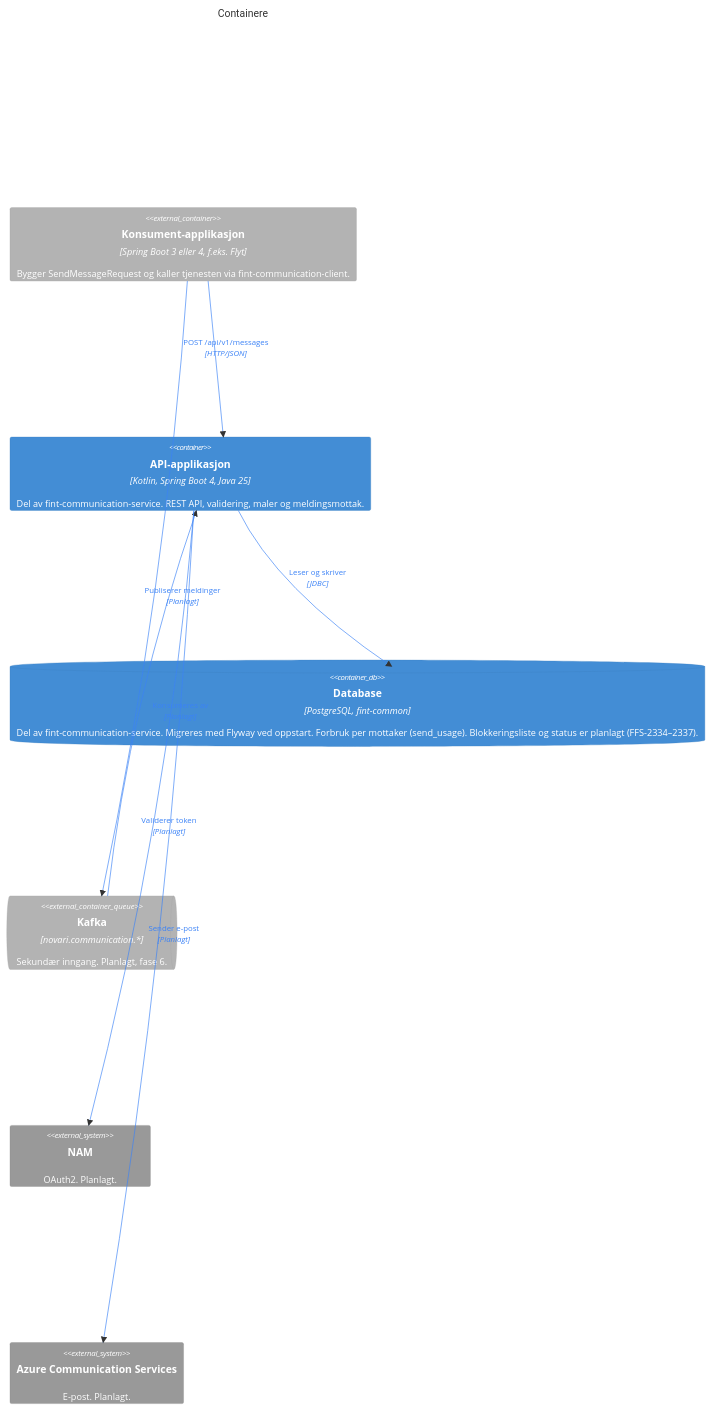
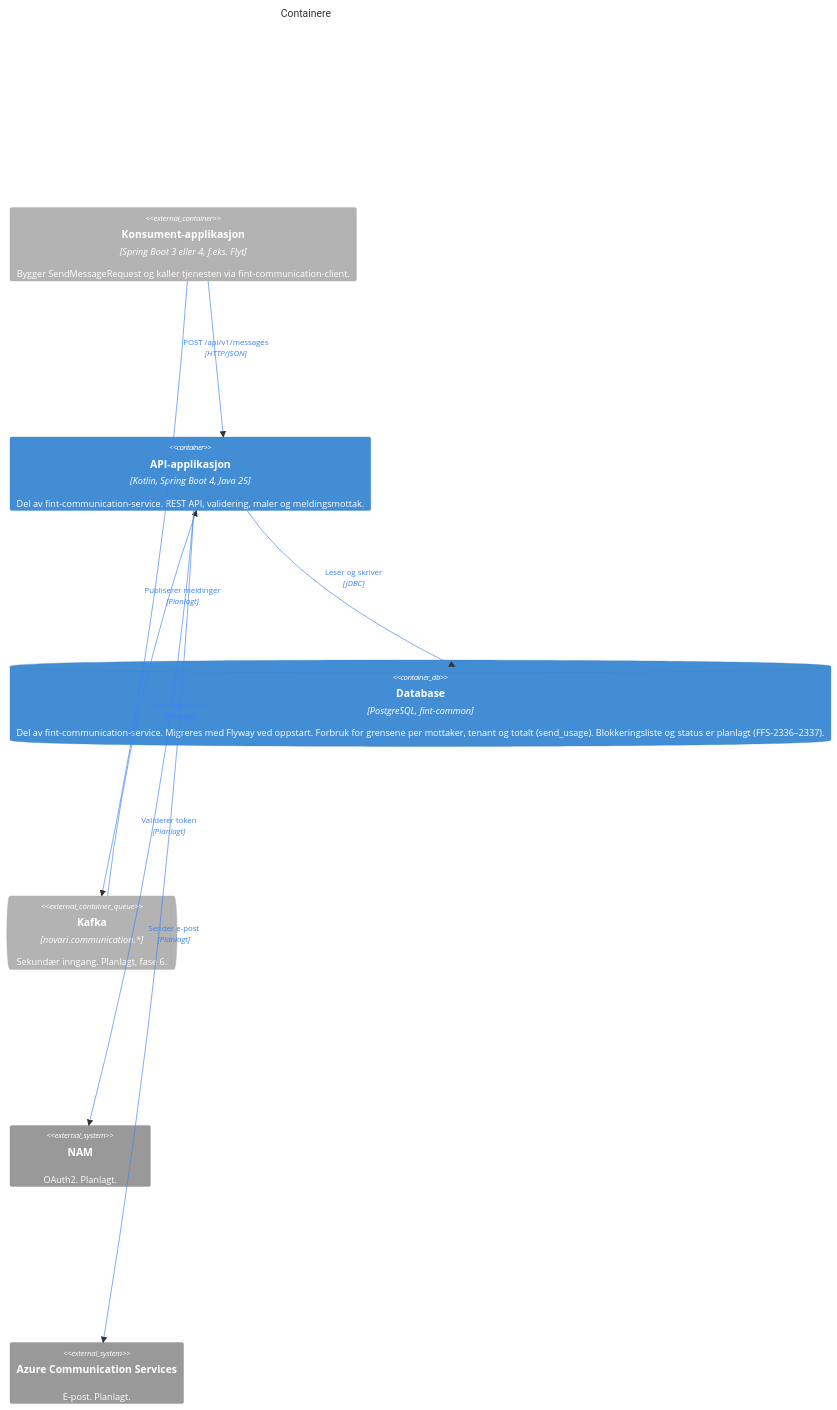
Before and after one commit to FINTLabs/fint-communication-service: the second of 12 diagrams in docs/architecture.md, drawn with Mermaid. The commit also changed other lines of this file and 11 other files, not shown here.

Commit message:
feat: grenser per tenant og totalt

````diff
--- a/docs/architecture.md
+++ b/docs/architecture.md
@@ -66,27 +66,27 @@
 ```mermaid
 %%{init: {"c4": {"c4ShapeMargin": 120}}}%%
 C4Container
     title Containere
 
     Container_Ext(konsumentApp, "Konsument-applikasjon", "Spring Boot 3 eller 4, f.eks. Flyt", "Bygger SendMessageRequest og kaller tjenesten via fint-communication-client.")
     Container(app, "API-applikasjon", "Kotlin, Spring Boot 4, Java 25", "Del av fint-communication-service. REST API, validering, maler og meldingsmottak.")
-    ContainerDb(db, "Database", "PostgreSQL, fint-common", "Del av fint-communication-service. Migreres med Flyway ved oppstart. Forbruk per mottaker (send_usage). Blokkeringsliste og status er planlagt (FFS-2334–2337).")
+    ContainerDb(db, "Database", "PostgreSQL, fint-common", "Del av fint-communication-service. Migreres med Flyway ved oppstart. Forbruk for grensene per mottaker, tenant og totalt (send_usage). Blokkeringsliste og status er planlagt (FFS-2336–2337).")
     ContainerQueue_Ext(kafka, "Kafka", "novari.communication.*", "Sekundær inngang. Planlagt, fase 6.")
     System_Ext(nam, "NAM", "OAuth2. Planlagt.")
     System_Ext(acs, "Azure Communication Services", "E-post. Planlagt.")
 
     Rel(konsumentApp, app, "POST /api/v1/messages", "HTTP/JSON")
     Rel(konsumentApp, kafka, "Publiserer meldinger", "Planlagt")
     Rel(kafka, app, "Konsumeres av", "Planlagt")
     Rel(app, db, "Leser og skriver", "JDBC")
     Rel(app, nam, "Validerer token", "Planlagt")
     Rel(app, acs, "Sender e-post", "Planlagt")
 
     UpdateRelStyle(konsumentApp, app, $textColor="#3B82F6", $lineColor="#3B82F6", $offsetY="-28", $offsetX="-50")
     UpdateRelStyle(konsumentApp, kafka, $textColor="#3B82F6", $lineColor="#3B82F6")
     UpdateRelStyle(kafka, app, $textColor="#3B82F6", $lineColor="#3B82F6")
     UpdateRelStyle(app, db, $textColor="#3B82F6", $lineColor="#3B82F6", $offsetY="-28", $offsetX="-40")
     UpdateRelStyle(app, nam, $textColor="#3B82F6", $lineColor="#3B82F6")
     UpdateRelStyle(app, acs, $textColor="#3B82F6", $lineColor="#3B82F6")
     UpdateLayoutConfig($c4ShapeInRow="3", $c4BoundaryInRow="1")
 ```
````
